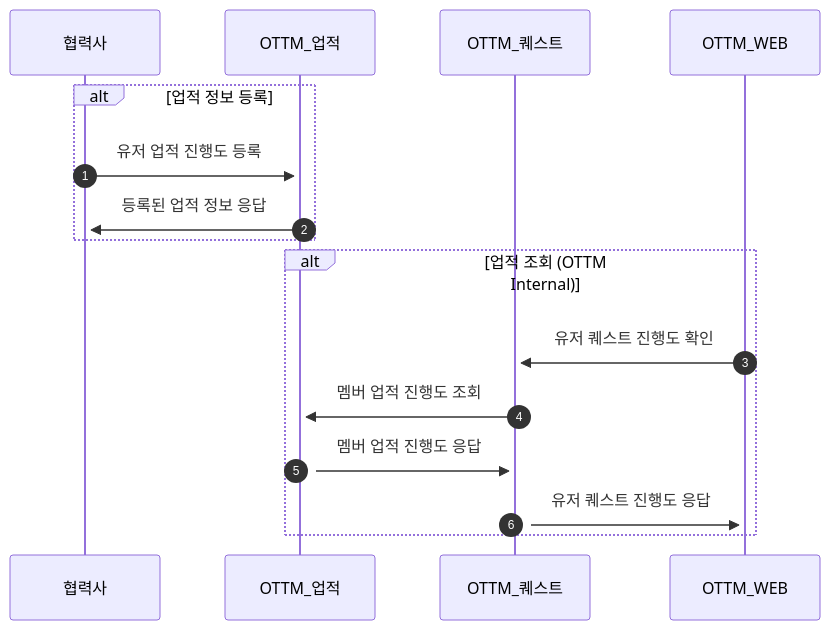
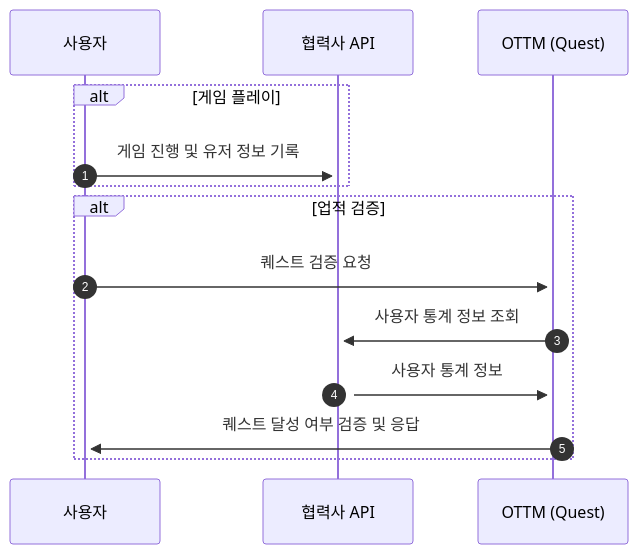
Before and after one commit to ottm-labs/ottm-labs.github.io: the diagram in Overtake/topics/업적-정보-연동-Achievement.md, drawn with Mermaid. The commit also changed other lines of this file and 4 other files, not shown here.

Commit message:
SOMNIS 사용자 통계정보 제거 및 협력사 업적 정보 연동 절차 업데이트

````diff
--- a/Overtake/topics/업적-정보-연동-Achievement.md
+++ b/Overtake/topics/업적-정보-연동-Achievement.md
@@ -39,20 +40,19 @@
 ```mermaid
 sequenceDiagram
 autonumber
-participant partner as 협력사
-participant ottm_achievement as OTTM_업적
-participant ottm_quest as OTTM_퀘스트
-participant ottm_web as OTTM_WEB
 
-alt 업적 정보 등록
-partner ->> +ottm_achievement: 유저 업적 진행도 등록
-ottm_achievement ->> +partner: 등록된 업적 정보 응답
+participant user as 사용자
+participant partner as 협력사 API
+participant ottm_quest as OTTM (Quest)
+
+alt 게임 플레이
+user ->> +partner: 게임 진행 및 유저 정보 기록
 end
 
-alt 업적 조회 (OTTM Internal)
-ottm_web ->> +ottm_quest: 유저 퀘스트 진행도 확인
-ottm_quest ->> +ottm_achievement: 멤버 업적 진행도 조회
-ottm_achievement ->> +ottm_quest: 멤버 업적 진행도  응답
-ottm_quest ->> +ottm_web: 유저 퀘스트 진행도 응답
+alt 업적 검증
+user ->> +ottm_quest: 퀘스트 검증 요청
+ottm_quest ->> +partner: 사용자 통계 정보 조회
+partner ->> +ottm_quest: 사용자 통계 정보 
+ottm_quest ->> +user: 퀘스트 달성 여부 검증 및 응답
 end
 ```
````
